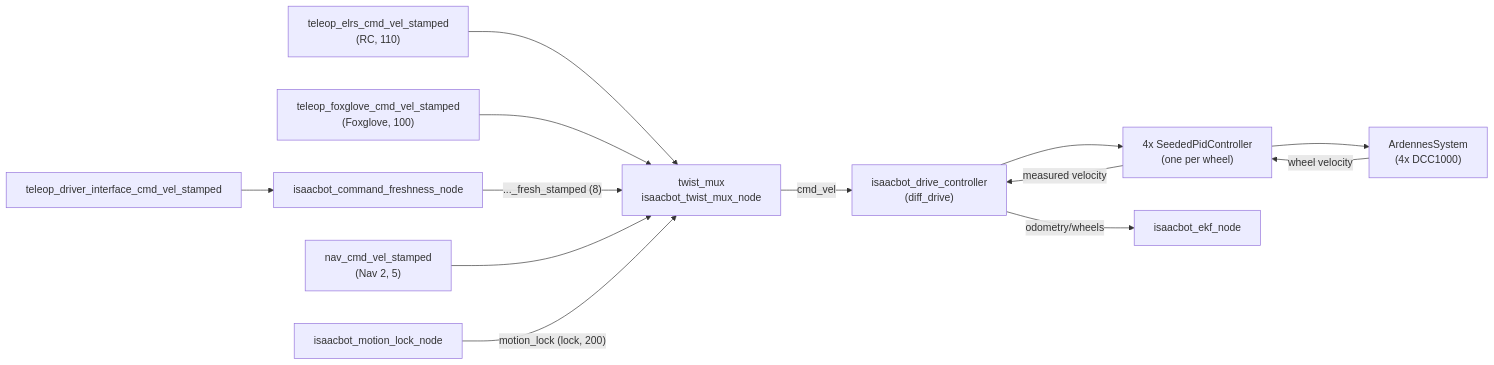
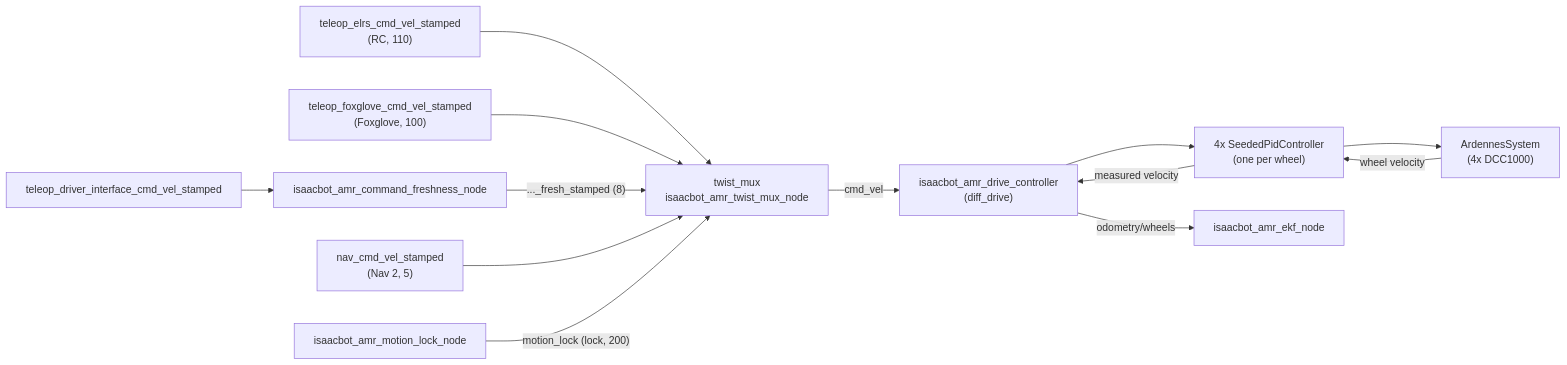
The diagram in docs/software/drive-and-control.md (isaacbotsrl/isaacbot_amr_ros), drawn with Mermaid before and after one commit. The commit also changed other lines of this file and 425 other files, not shown here.

First line of the commit message:
Rename all isaacbot_* names to isaacbot_amr_*

````diff
--- a/docs/software/drive-and-control.md
+++ b/docs/software/drive-and-control.md
@@ -9,15 +9,15 @@
 ```mermaid
 flowchart LR
   RC["teleop_elrs_cmd_vel_stamped<br/>(RC, 110)"] --> MUX
   FG["teleop_foxglove_cmd_vel_stamped<br/>(Foxglove, 100)"] --> MUX
-  UI["teleop_driver_interface_cmd_vel_stamped"] --> FR["isaacbot_command_freshness_node"]
+  UI["teleop_driver_interface_cmd_vel_stamped"] --> FR["isaacbot_amr_command_freshness_node"]
   FR -->|"..._fresh_stamped (8)"| MUX
   NAV["nav_cmd_vel_stamped<br/>(Nav 2, 5)"] --> MUX
-  ML["isaacbot_motion_lock_node"] -->|"motion_lock (lock, 200)"| MUX
-  MUX["twist_mux<br/>isaacbot_twist_mux_node"] -->|"cmd_vel"| DD["isaacbot_drive_controller<br/>(diff_drive)"]
+  ML["isaacbot_amr_motion_lock_node"] -->|"motion_lock (lock, 200)"| MUX
+  MUX["twist_mux<br/>isaacbot_amr_twist_mux_node"] -->|"cmd_vel"| DD["isaacbot_amr_drive_controller<br/>(diff_drive)"]
   DD --> P1["4x SeededPidController<br/>(one per wheel)"]
   P1 --> HW["ArdennesSystem<br/>(4x DCC1000)"]
   HW -->|"wheel velocity"| P1
   P1 -->|"measured velocity"| DD
-  DD -->|"odometry/wheels"| EKF["isaacbot_ekf_node"]
+  DD -->|"odometry/wheels"| EKF["isaacbot_amr_ekf_node"]
 ```
````
